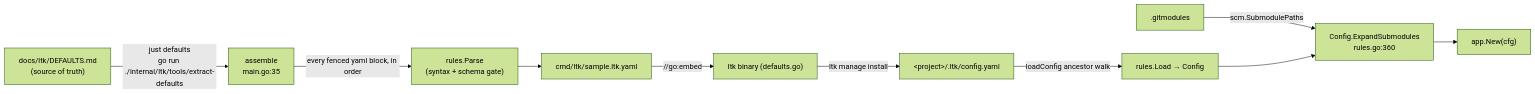
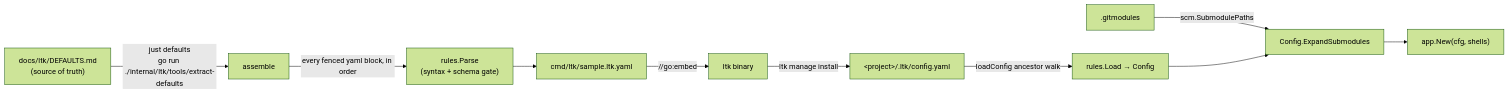
Before and after one commit to ctxloom/ctxloom: the fourth of 4 diagrams in docs/architecture/companions/ltk.md, drawn with Mermaid (forest theme). The commit also changed other lines of this file, not shown here.

First line of the commit message:
docs(ltk): cite by symbol and restate the decision model against the code

````diff
--- a/docs/architecture/companions/ltk.md
+++ b/docs/architecture/companions/ltk.md
@@ -408,11 +322,11 @@
 ```mermaid
 flowchart LR
-  MD["docs/ltk/DEFAULTS.md<br/>(source of truth)"] -->|"just defaults<br/>go run ./internal/ltk/tools/extract-defaults"| ASM["assemble<br/>main.go:35"]
+  MD["docs/ltk/DEFAULTS.md<br/>(source of truth)"] -->|"just defaults<br/>go run ./internal/ltk/tools/extract-defaults"| ASM["assemble"]
   ASM -->|"every fenced yaml block, in order"| GATE["rules.Parse<br/>(syntax + schema gate)"]
   GATE --> SAMPLE["cmd/ltk/sample.ltk.yaml"]
-  SAMPLE -->|"//go:embed"| BIN["ltk binary (defaults.go)"]
+  SAMPLE -->|"//go:embed"| BIN["ltk binary"]
   BIN -->|"ltk manage install"| PROJ["&lt;project&gt;/.ltk/config.yaml"]
   PROJ -->|"loadConfig ancestor walk"| LOAD["rules.Load → Config"]
-  GITM[".gitmodules"] -->|"scm.SubmodulePaths"| EXP["Config.ExpandSubmodules<br/>rules.go:360"]
-  LOAD --> EXP --> APP["app.New(cfg)"]
+  GITM[".gitmodules"] -->|"scm.SubmodulePaths"| EXP["Config.ExpandSubmodules"]
+  LOAD --> EXP --> APP["app.New(cfg, shells)"]
 ```
````
